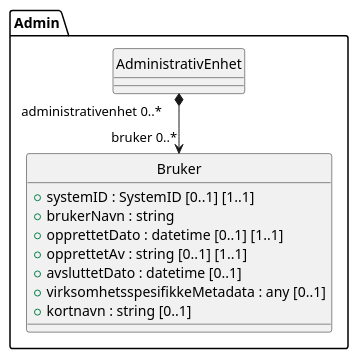
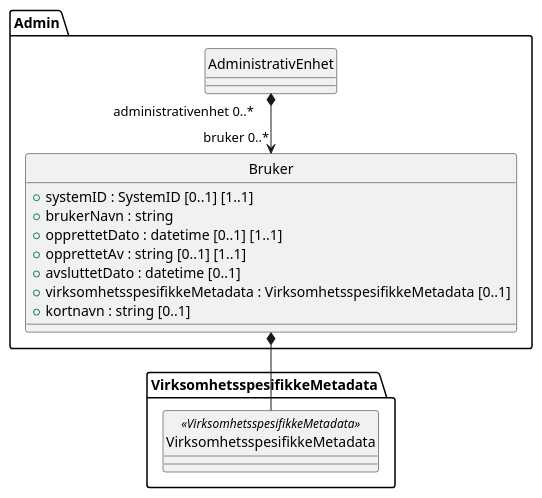
The diagram in kapitler/media/uml-class-bruker.puml (arkivverket/noark5-tjenestegrensesnitt-standard), drawn with PlantUML before and after one commit. The commit also changed 98 other files, not shown here.

Commit message:
Updated all UML diagrams based on chapter 7.

```diff
--- a/kapitler/media/uml-class-bruker.puml
+++ b/kapitler/media/uml-class-bruker.puml
@@ -1,16 +1,19 @@
 @startuml
 skinparam nodesep 100
 hide circle
 class Admin.Bruker {
   +systemID : SystemID [0..1] [1..1]
   +brukerNavn : string
   +opprettetDato : datetime [0..1] [1..1]
   +opprettetAv : string [0..1] [1..1]
   +avsluttetDato : datetime [0..1]
-  +virksomhetsspesifikkeMetadata : any [0..1]
+  +virksomhetsspesifikkeMetadata : VirksomhetsspesifikkeMetadata [0..1]
   +kortnavn : string [0..1]
 }
 class Admin.AdministrativEnhet {
 }
 Admin.AdministrativEnhet "administrativenhet 0..*" *--> "bruker 0..*" Admin.Bruker
+class VirksomhetsspesifikkeMetadata.VirksomhetsspesifikkeMetadata <<VirksomhetsspesifikkeMetadata>> {
+}
+Admin.Bruker *-- VirksomhetsspesifikkeMetadata.VirksomhetsspesifikkeMetadata
 @enduml
```
